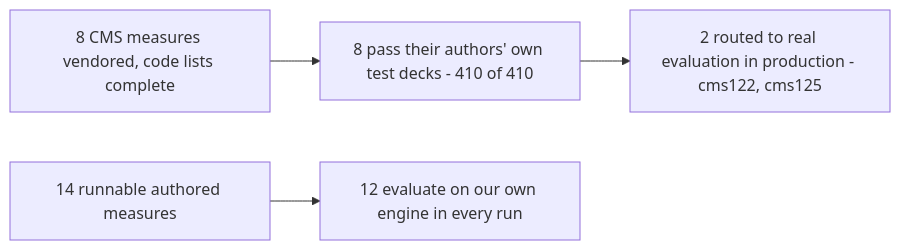
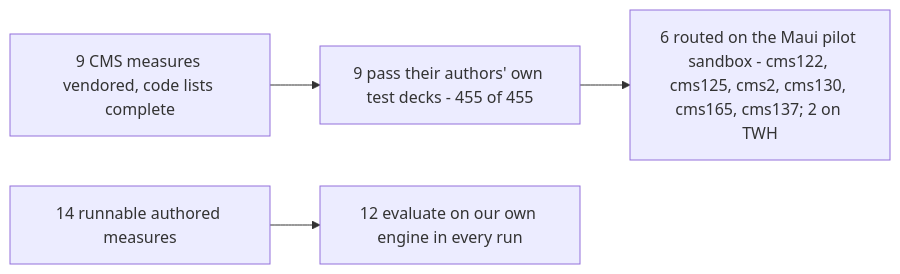
Before and after one commit to Taleef7/workwell: the second of 2 diagrams in docs/guide/09-state-and-roadmap.md, drawn with Mermaid. The commit also changed other lines of this file and 6 other files, not shown here.

First line of the commit message:
docs: the runbook's restart step, and seven documents that still described two routed measures

````diff
--- a/docs/guide/09-state-and-roadmap.md
+++ b/docs/guide/09-state-and-roadmap.md
@@ -33,6 +33,6 @@
 ```mermaid
 flowchart LR
-  V["8 CMS measures vendored, code lists complete"] --> G["8 pass their authors' own test decks - 410 of 410"]
-  G --> R["2 routed to real evaluation in production - cms122, cms125"]
+  V["9 CMS measures vendored, code lists complete"] --> G["9 pass their authors' own test decks - 455 of 455"]
+  G --> R["6 routed on the Maui pilot sandbox - cms122, cms125, cms2, cms130, cms165, cms137; 2 on TWH"]
   A["14 runnable authored measures"] --> P["12 evaluate on our own engine in every run"]
 ```
````
